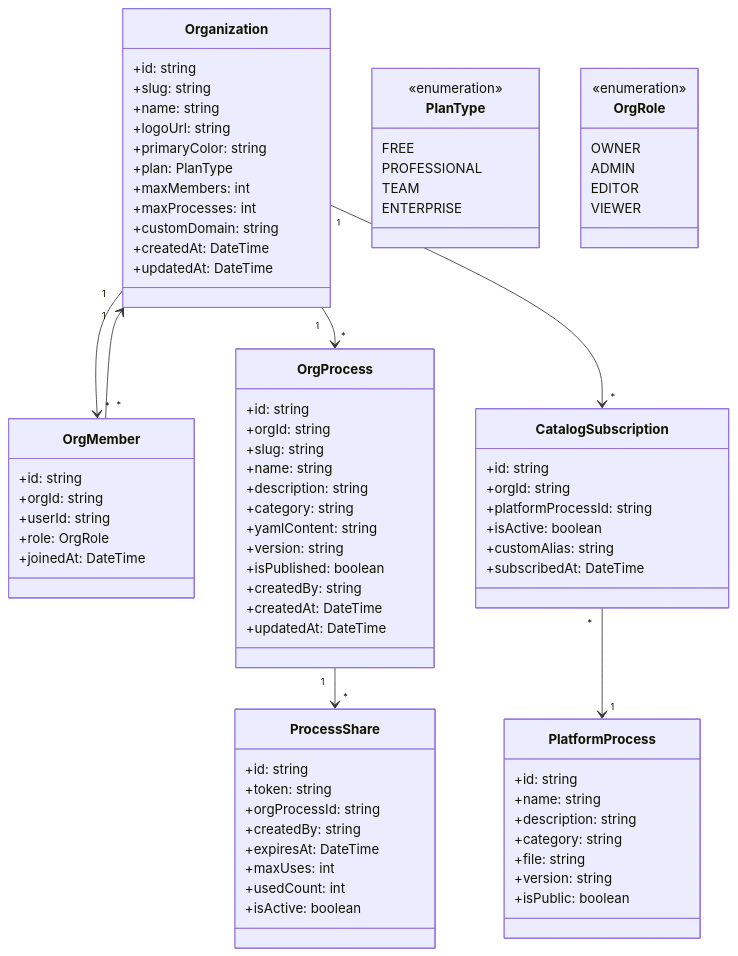
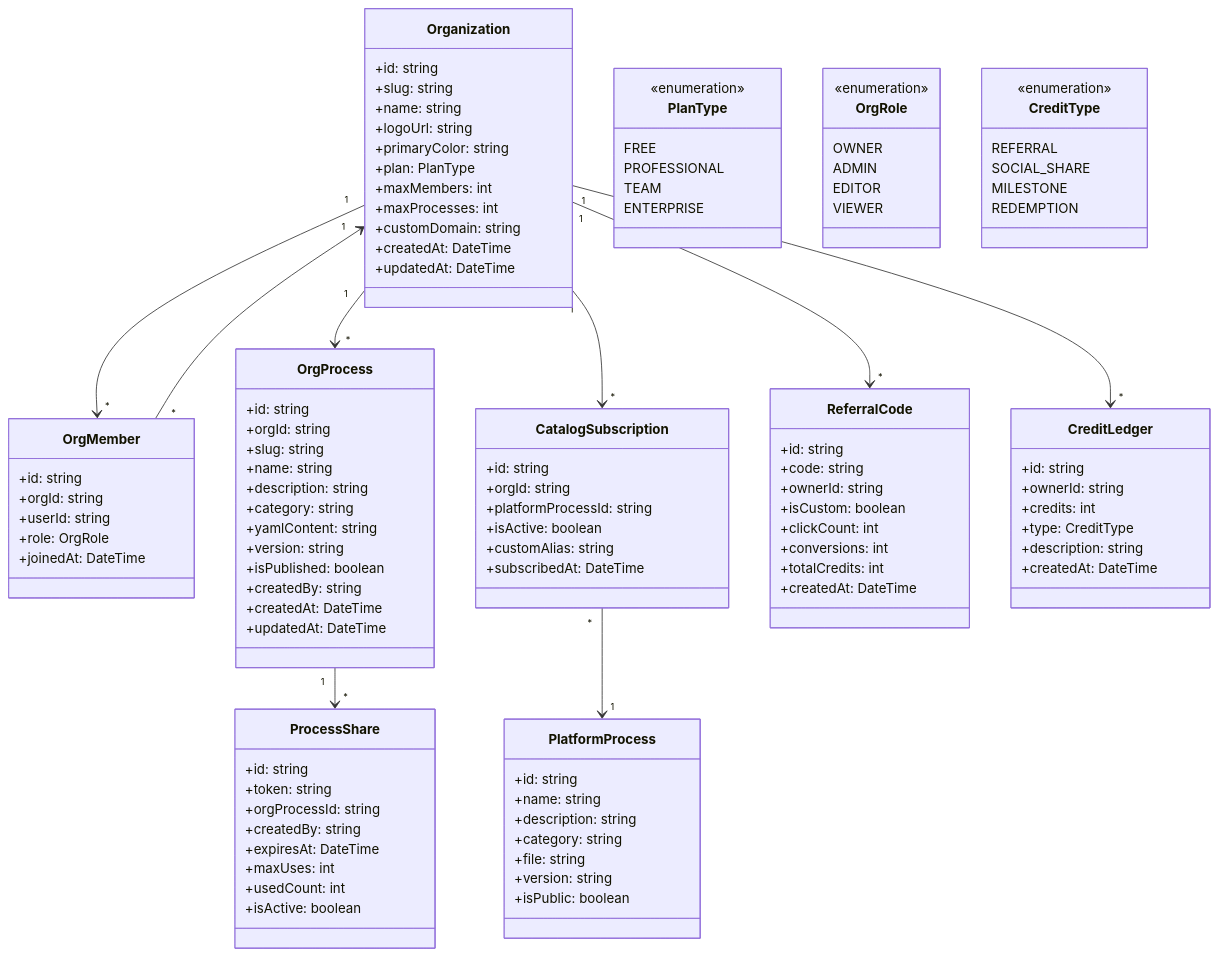
One commit to habolanos/devsecops-process-tracker changed the sixth of 9 diagrams in docs/features/propuesta-catalogo-empresarial.md. Above: the diagram before and after it, drawn with Mermaid. The commit also changed other lines of this file, not shown here.

First line of the commit message:
docs: propuesta-catalogo-empresarial v0.3 -- referral program + credit system

```diff
--- a/docs/features/propuesta-catalogo-empresarial.md
+++ b/docs/features/propuesta-catalogo-empresarial.md
@@ -734,9 +812,39 @@
         VIEWER
     }
 
+    class ReferralCode {
+        +id: string
+        +code: string
+        +ownerId: string
+        +isCustom: boolean
+        +clickCount: int
+        +conversions: int
+        +totalCredits: int
+        +createdAt: DateTime
+    }
+
+    class CreditLedger {
+        +id: string
+        +ownerId: string
+        +credits: int
+        +type: CreditType
+        +description: string
+        +createdAt: DateTime
+    }
+
+    class CreditType {
+        <<enumeration>>
+        REFERRAL
+        SOCIAL_SHARE
+        MILESTONE
+        REDEMPTION
+    }
+
     Organization "1" --> "*" OrgMember
     Organization "1" --> "*" OrgProcess
     Organization "1" --> "*" CatalogSubscription
+    Organization "1" --> "*" ReferralCode
+    Organization "1" --> "*" CreditLedger
     OrgProcess "1" --> "*" ProcessShare
     CatalogSubscription "*" --> "1" PlatformProcess
     OrgMember "*" --> "1" Organization
```
